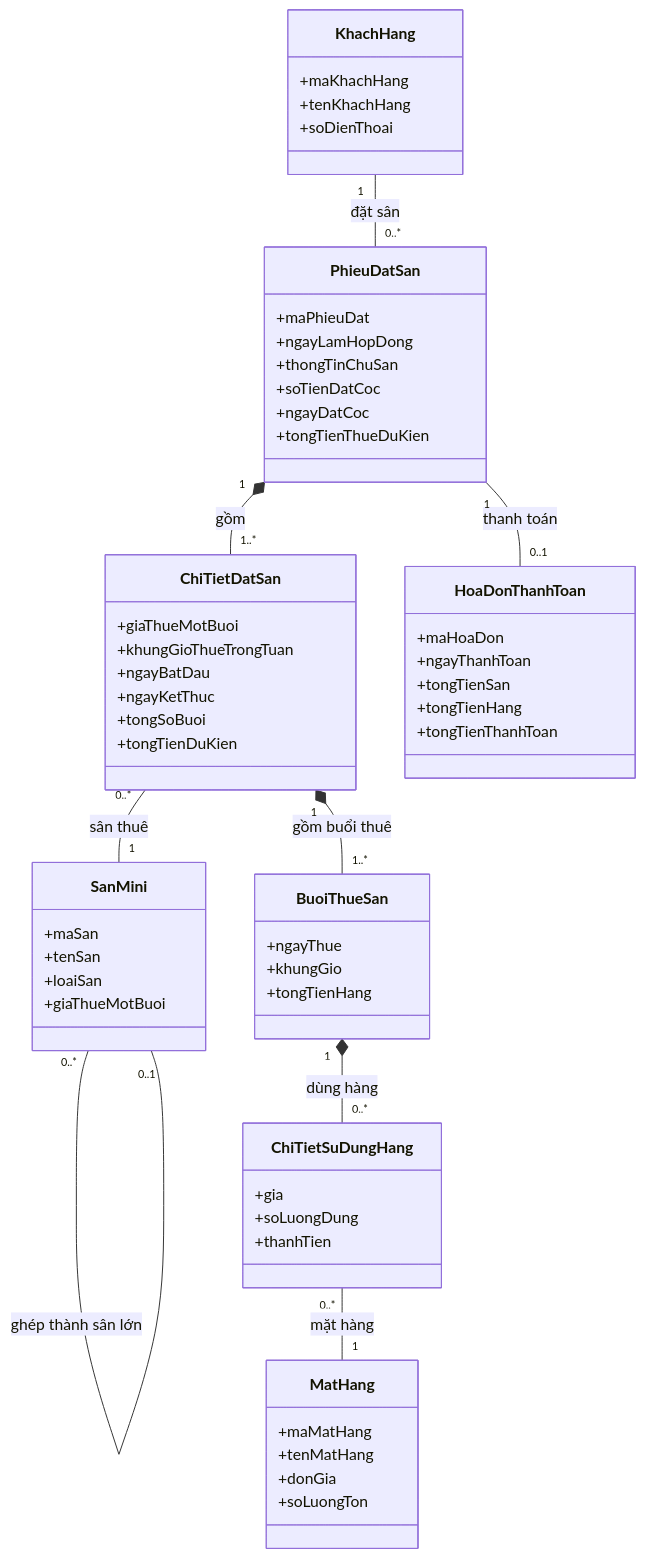
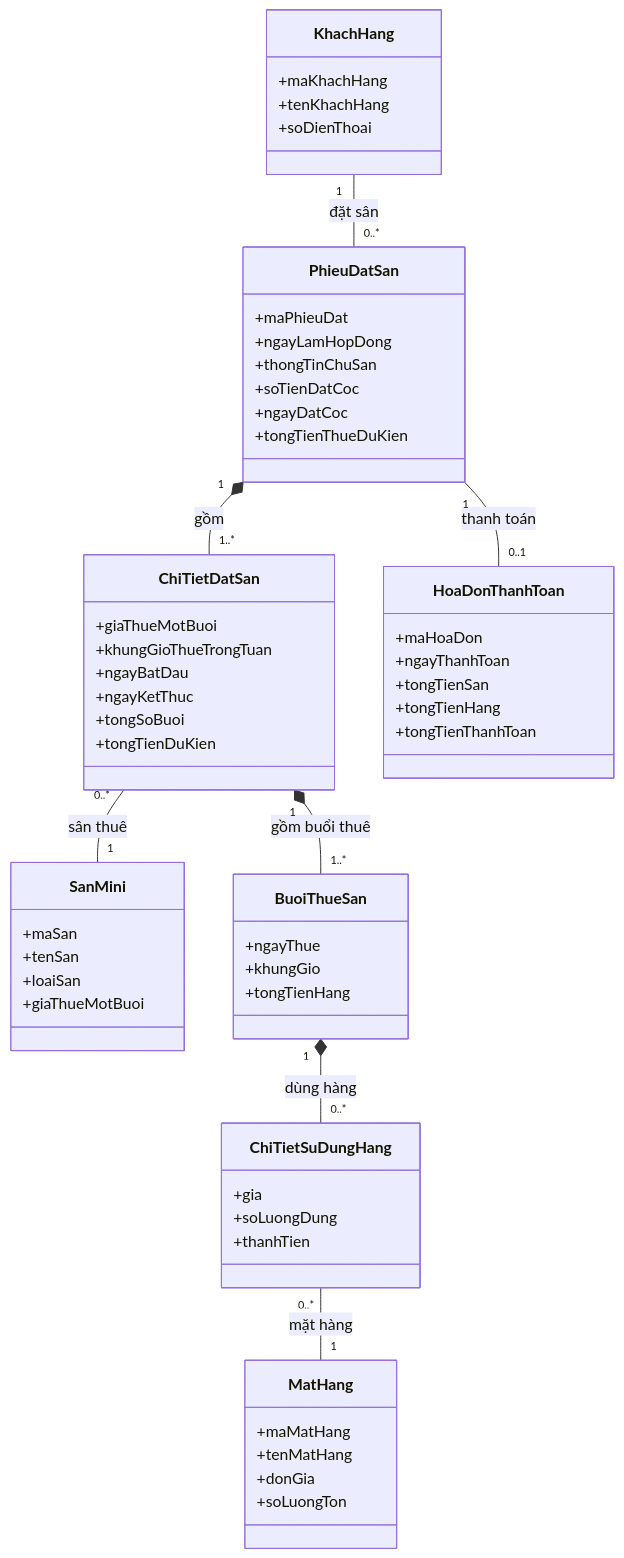
One commit to AnhLM027/NMCNPM_Final changed the diagram in ChuDe_11_QuanLySanBongMini/De_53_KhachHangThanhToan/c2.mmd. Above: the diagram before and after it, drawn with Mermaid. The commit also changed 64 other files, not shown here.

Commit message:
feat: light theme, 30% default zoom, resizable problem panel, and flash card diagram view

```diff
--- a/ChuDe_11_QuanLySanBongMini/De_53_KhachHangThanhToan/c2.mmd
+++ b/ChuDe_11_QuanLySanBongMini/De_53_KhachHangThanhToan/c2.mmd
@@ -1,74 +1,72 @@
 %% De_53 - Khách hàng thanh toán
 classDiagram
     class SanMini {
         +maSan
         +tenSan
         +loaiSan
         +giaThueMotBuoi
     }
 
 
     class KhachHang {
         +maKhachHang
         +tenKhachHang
         +soDienThoai
     }
 
 
     class PhieuDatSan {
         +maPhieuDat
         +ngayLamHopDong
         +thongTinChuSan
         +soTienDatCoc
         +ngayDatCoc
         +tongTienThueDuKien
     }
 
 
     class ChiTietDatSan {
         +giaThueMotBuoi
         +khungGioThueTrongTuan
         +ngayBatDau
         +ngayKetThuc
         +tongSoBuoi
         +tongTienDuKien
     }
 
     class BuoiThueSan {
         +ngayThue
         +khungGio
         +tongTienHang
     }
 
 
     class MatHang {
         +maMatHang
         +tenMatHang
         +donGia
         +soLuongTon
     }
 
 
     class ChiTietSuDungHang {
         +gia
         +soLuongDung
         +thanhTien
     }
 
 
     class HoaDonThanhToan {
         +maHoaDon
         +ngayThanhToan
         +tongTienSan
         +tongTienHang
         +tongTienThanhToan
     }
-
-    SanMini "0..*" -- "0..1" SanMini : ghép thành sân lớn
     KhachHang "1" -- "0..*" PhieuDatSan : đặt sân
     PhieuDatSan "1" *-- "1..*" ChiTietDatSan : gồm
     ChiTietDatSan "0..*" -- "1" SanMini : sân thuê
     ChiTietDatSan "1" *-- "1..*" BuoiThueSan : gồm buổi thuê
     BuoiThueSan "1" *-- "0..*" ChiTietSuDungHang : dùng hàng
     ChiTietSuDungHang "0..*" -- "1" MatHang : mặt hàng
     PhieuDatSan "1" -- "0..1" HoaDonThanhToan : thanh toán
```
